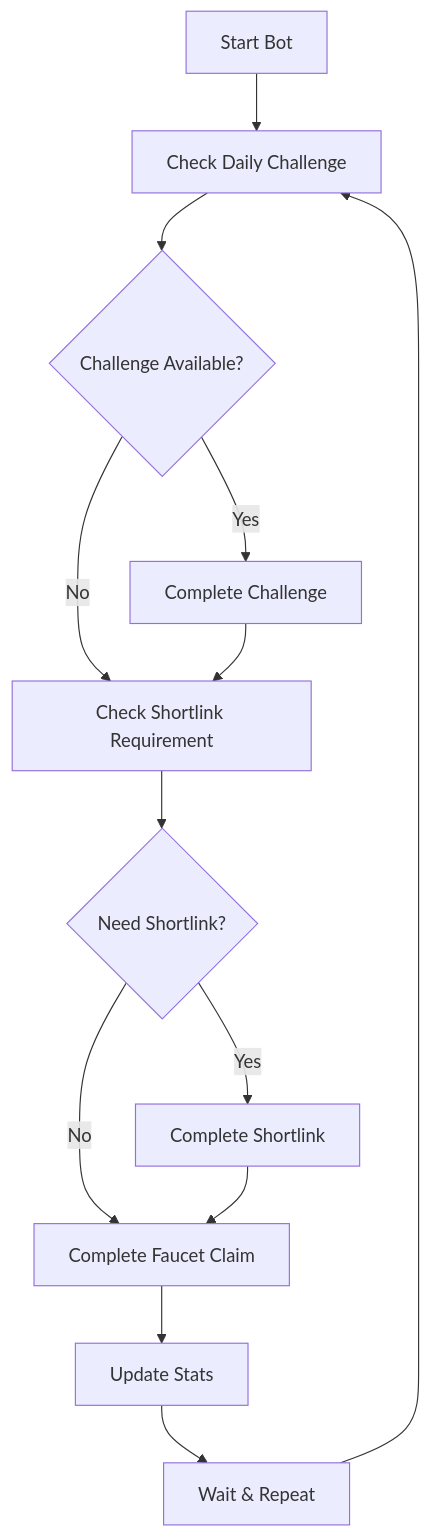
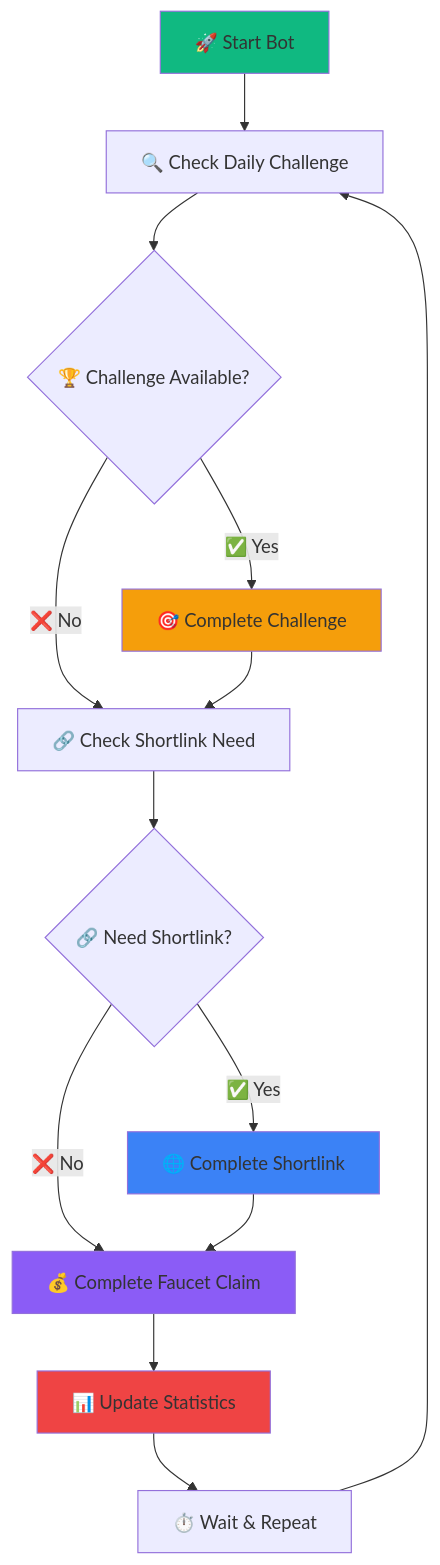
The diagram in README.md (ryustore69/Stshi-FCT), drawn with Mermaid before and after one commit. The commit also changed other lines of this file and 19 other files, not shown here.

````diff
--- a/README.md
+++ b/README.md
@@ -71,15 +140,21 @@
 ```mermaid
 graph TD
-    A[Start Bot] --> B[Check Daily Challenge]
-    B --> C{Challenge Available?}
-    C -->|Yes| D[Complete Challenge]
-    C -->|No| E[Check Shortlink Requirement]
+    A[🚀 Start Bot] --> B[🔍 Check Daily Challenge]
+    B --> C{🏆 Challenge Available?}
+    C -->|✅ Yes| D[🎯 Complete Challenge]
+    C -->|❌ No| E[🔗 Check Shortlink Need]
     D --> E
-    E --> F{Need Shortlink?}
-    F -->|Yes| G[Complete Shortlink]
-    F -->|No| H[Complete Faucet Claim]
+    E --> F{🔗 Need Shortlink?}
+    F -->|✅ Yes| G[🌐 Complete Shortlink]
+    F -->|❌ No| H[💰 Complete Faucet Claim]
     G --> H
-    H --> I[Update Stats]
-    I --> J[Wait & Repeat]
+    H --> I[📊 Update Statistics]
+    I --> J[⏱️ Wait & Repeat]
     J --> B
+    
+    style A fill:#10b981
+    style D fill:#f59e0b
+    style G fill:#3b82f6
+    style H fill:#8b5cf6
+    style I fill:#ef4444
 ```
````
